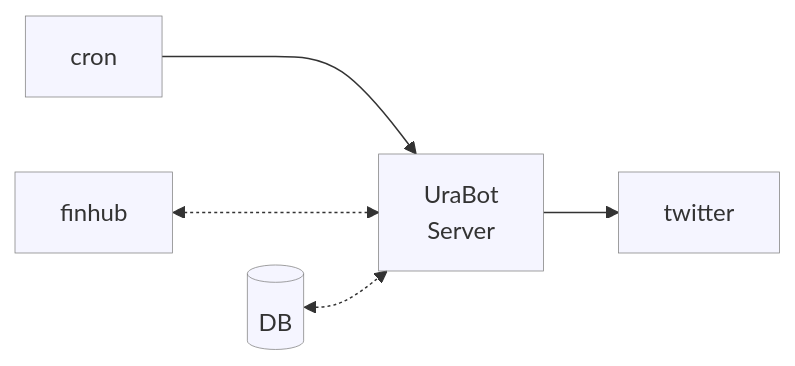
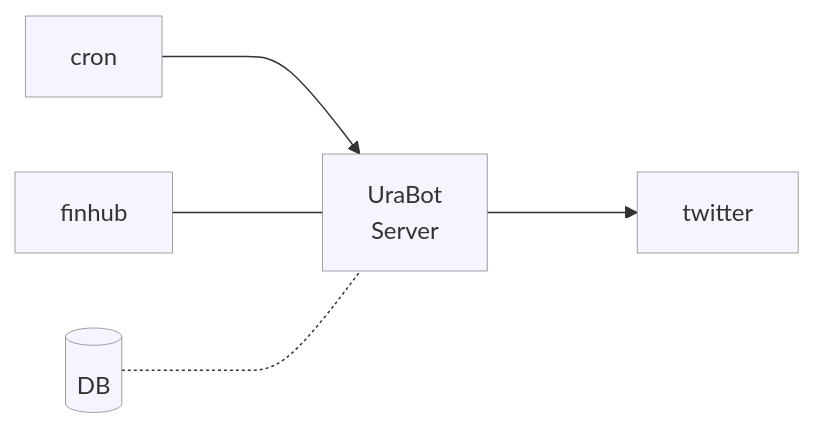
Before and after one commit to victorabarros/ura-bot: the diagram in README.md, drawn with Mermaid.

Commit message:
refact flow

````diff
--- a/README.md
+++ b/README.md
@@ -64,22 +64,22 @@
 ```mermaid
     flowchart LR;
 
       %% components
       cron[cron];
       server[UraBot<br>Server];
       finhub[finhub];
       db[(DB)];
       client[twitter];
 
       %% flow
       cron--->
-      server-->
+      server--->
       client;
 
-      finhub<-..->server;
-      db<-.->server;
+      finhub----server;
+      db-..-server;
 
       %% styles
       classDef box fill-opacity:.5, stroke:grey, stroke-width:.5px;
       class cron,server,finhub,db,client box
 ```
````
